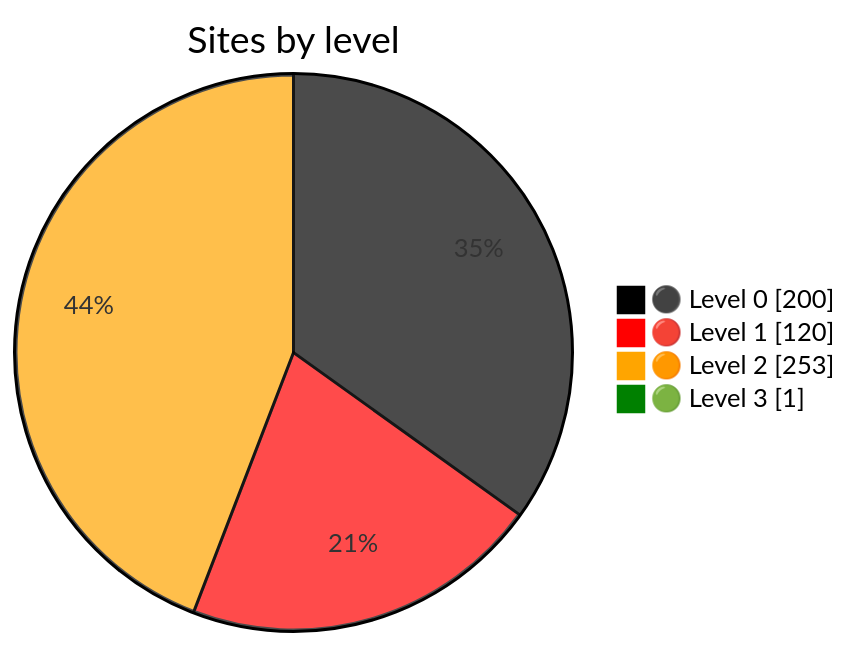
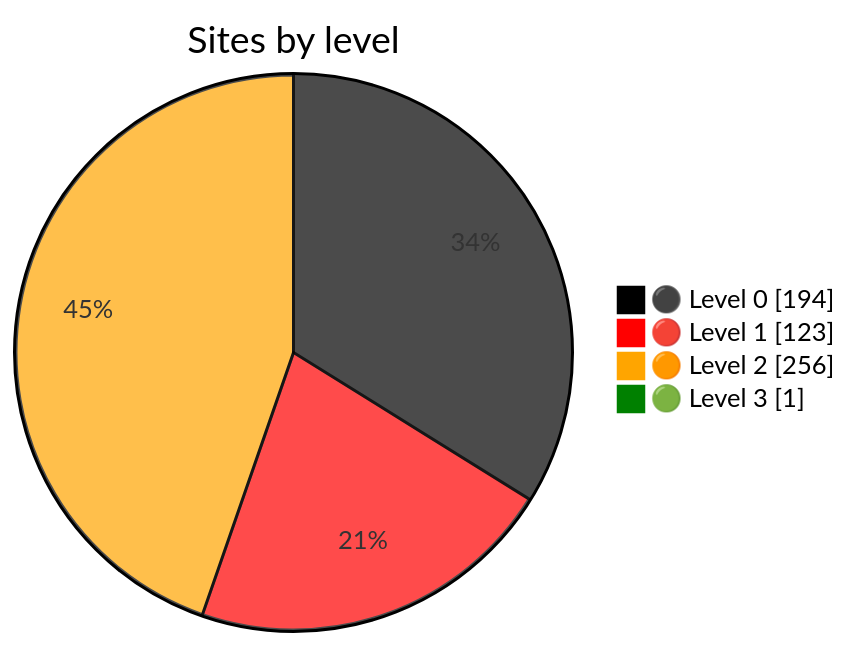
The diagram in README.md (Dushmilan/gov_lk_web_auditor), drawn with Mermaid before and after one commit. The commit also changed other lines of this file and 2541 other files, not shown here.

````diff
--- a/README.md
+++ b/README.md
@@ -24,9 +24,9 @@
 ```mermaid
 %%{init: {"themeVariables":{"pie1":"black","pie2":"red","pie3":"orange","pie4":"green"}}}%%
 pie showData
     title Sites by level
-    "⚫ Level 0" : 200
-    "🔴 Level 1" : 120
-    "🟠 Level 2" : 253
+    "⚫ Level 0" : 194
+    "🔴 Level 1" : 123
+    "🟠 Level 2" : 256
     "🟢 Level 3" : 1
 ```
````
